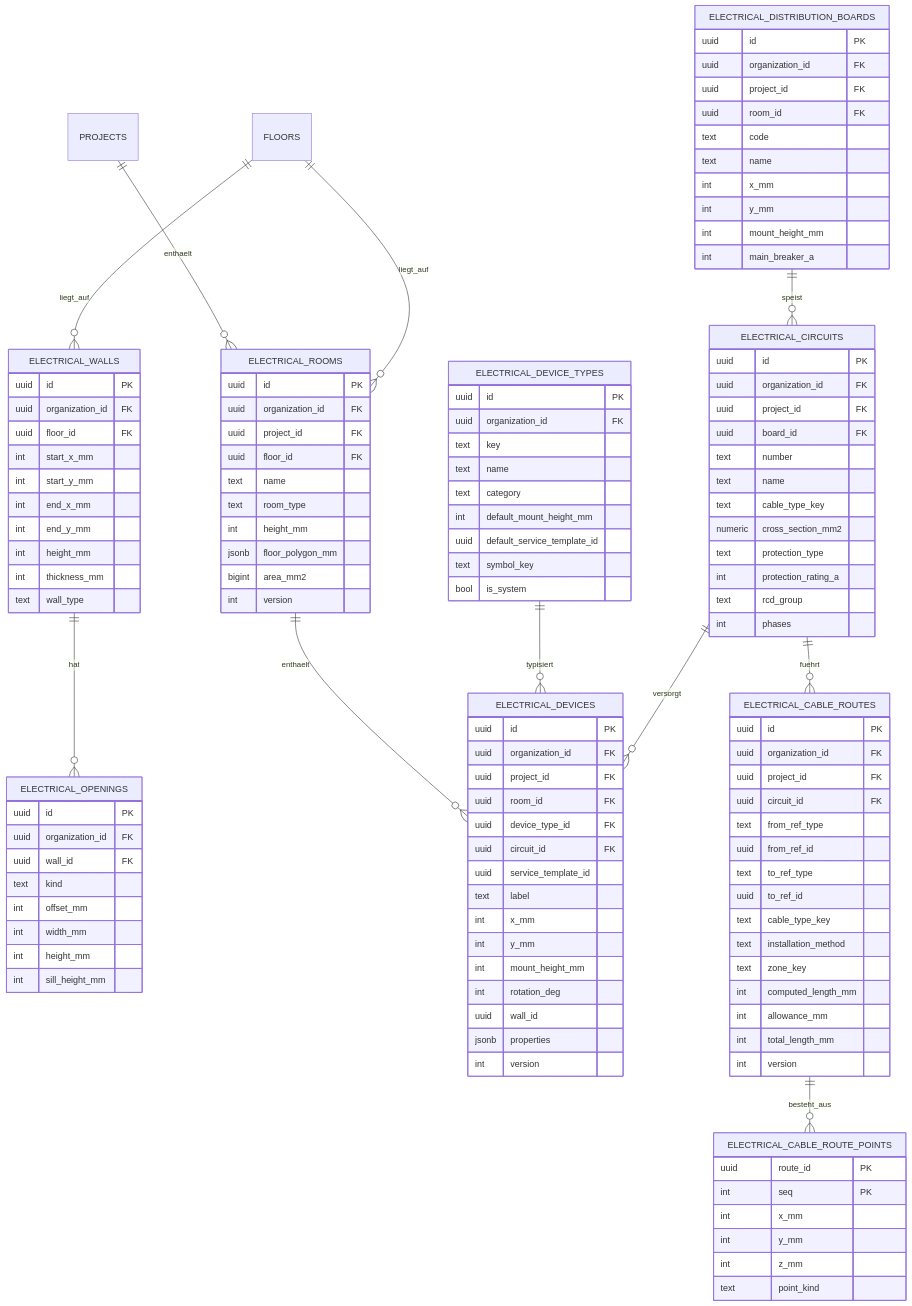
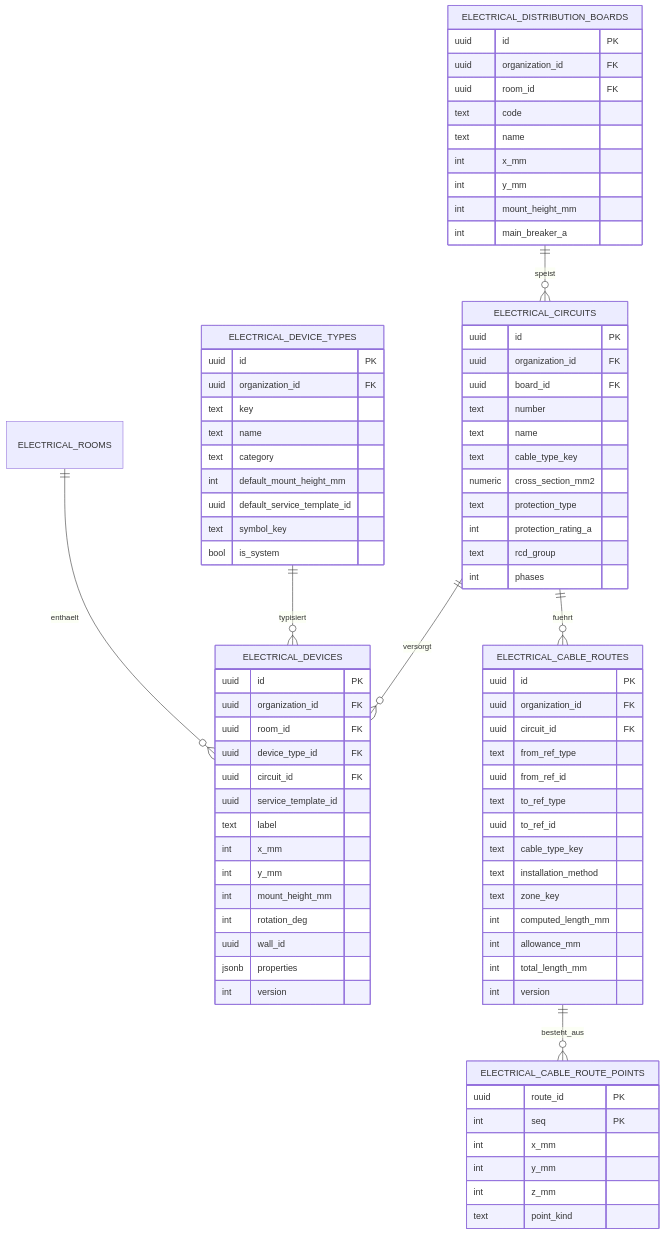
The third of 5 diagrams in docs/database.md (Saftsack24/ElektroPlan), drawn with Mermaid before and after one commit. The commit also changed other lines of this file and 64 other files, not shown here.

First line of the commit message:
feat(electrical): add room model and enforce project write locking

````diff
--- a/docs/database.md
+++ b/docs/database.md
@@ -327,9 +458,5 @@
 ```mermaid
 erDiagram
-    PROJECTS ||--o{ ELECTRICAL_ROOMS : enthaelt
-    FLOORS   ||--o{ ELECTRICAL_ROOMS : liegt_auf
-    FLOORS   ||--o{ ELECTRICAL_WALLS : liegt_auf
-    ELECTRICAL_WALLS ||--o{ ELECTRICAL_OPENINGS : hat
     ELECTRICAL_ROOMS ||--o{ ELECTRICAL_DEVICES : enthaelt
     ELECTRICAL_DEVICE_TYPES ||--o{ ELECTRICAL_DEVICES : typisiert
     ELECTRICAL_DISTRIBUTION_BOARDS ||--o{ ELECTRICAL_CIRCUITS : speist
@@ -337,40 +464,6 @@
     ELECTRICAL_CIRCUITS ||--o{ ELECTRICAL_CABLE_ROUTES : fuehrt
     ELECTRICAL_CABLE_ROUTES ||--o{ ELECTRICAL_CABLE_ROUTE_POINTS : besteht_aus
 
-    ELECTRICAL_ROOMS {
-        uuid id PK
-        uuid organization_id FK
-        uuid project_id FK
-        uuid floor_id FK
-        text name
-        text room_type
-        int height_mm
-        jsonb floor_polygon_mm
-        bigint area_mm2
-        int version
-    }
-    ELECTRICAL_WALLS {
-        uuid id PK
-        uuid organization_id FK
-        uuid floor_id FK
-        int start_x_mm
-        int start_y_mm
-        int end_x_mm
-        int end_y_mm
-        int height_mm
-        int thickness_mm
-        text wall_type
-    }
-    ELECTRICAL_OPENINGS {
-        uuid id PK
-        uuid organization_id FK
-        uuid wall_id FK
-        text kind
-        int offset_mm
-        int width_mm
-        int height_mm
-        int sill_height_mm
-    }
     ELECTRICAL_DEVICE_TYPES {
         uuid id PK
         uuid organization_id FK
@@ -385,7 +478,6 @@
     ELECTRICAL_DEVICES {
         uuid id PK
         uuid organization_id FK
-        uuid project_id FK
         uuid room_id FK
         uuid device_type_id FK
         uuid circuit_id FK
@@ -402,7 +494,6 @@
     ELECTRICAL_DISTRIBUTION_BOARDS {
         uuid id PK
         uuid organization_id FK
-        uuid project_id FK
         uuid room_id FK
         text code
         text name
@@ -414,7 +505,6 @@
     ELECTRICAL_CIRCUITS {
         uuid id PK
         uuid organization_id FK
-        uuid project_id FK
         uuid board_id FK
         text number
         text name
@@ -428,7 +518,6 @@
     ELECTRICAL_CABLE_ROUTES {
         uuid id PK
         uuid organization_id FK
-        uuid project_id FK
         uuid circuit_id FK
         text from_ref_type
         uuid from_ref_id
````
